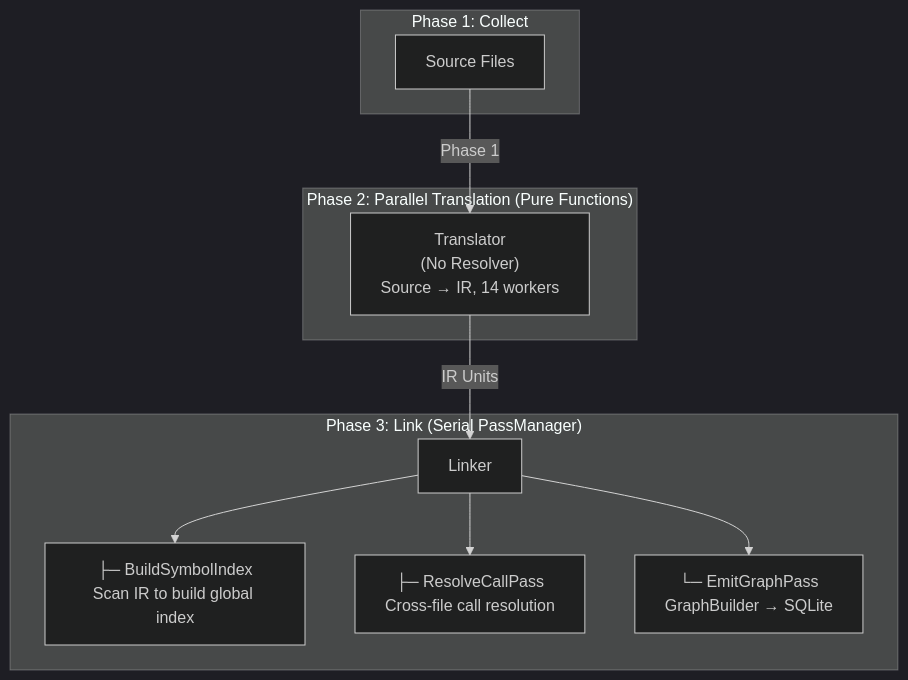
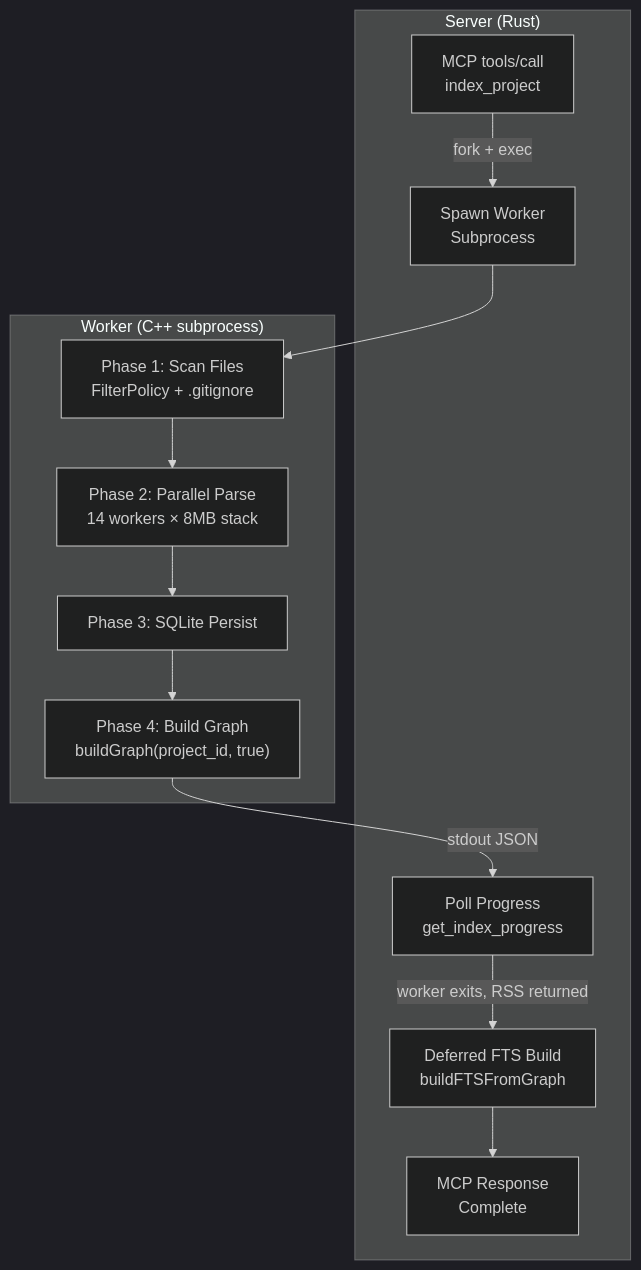
Before and after one commit to Timwood0x10/CodeScope: the second of 8 diagrams in docs/en/architecture.md, drawn with Mermaid (dark theme). The commit also changed other lines of this file and 21 other files, not shown here.

Commit message:
feat: add async FTS build, index progress tracking, and fallback search

````diff
--- a/docs/en/architecture.md
+++ b/docs/en/architecture.md
@@ -14,18 +51,25 @@
 ```mermaid
 flowchart TB
-    subgraph "Phase 1: Collect"
-        S["Source Files"]
+    subgraph "Server (Rust)"
+        A["MCP tools/call<br/>index_project"]
+        B["Spawn Worker<br/>Subprocess"]
+        C["Poll Progress<br/>get_index_progress"]
+        D["Deferred FTS Build<br/>buildFTSFromGraph"]
+        E["MCP Response<br/>Complete"]
     end
-    subgraph "Phase 2: Parallel Translation (Pure Functions)"
-        T["Translator<br/>(No Resolver)<br/>Source → IR, 14 workers"]
+    subgraph "Worker (C++ subprocess)"
+        F["Phase 1: Scan Files<br/>FilterPolicy + .gitignore"]
+        G["Phase 2: Parallel Parse<br/>14 workers × 8MB stack"]
+        H["Phase 3: SQLite Persist"]
+        I["Phase 4: Build Graph<br/>buildGraph(project_id, true)"]
     end
-    subgraph "Phase 3: Link (Serial PassManager)"
-        L["Linker"]
-        L1["├─ BuildSymbolIndex<br/>Scan IR to build global index"]
-        L2["├─ ResolveCallPass<br/>Cross-file call resolution"]
-        L3["└─ EmitGraphPass<br/>GraphBuilder → SQLite"]
-    end
-    S -->|Phase 1| T
-    T -->|IR Units| L
-    L --> L1 & L2 & L3
+
+    A -->|fork + exec| B
+    B --> F
+    F --> G
+    G --> H
+    H --> I
+    I -->|stdout JSON| C
+    C -->|worker exits, RSS returned| D
+    D --> E
 ```
````
